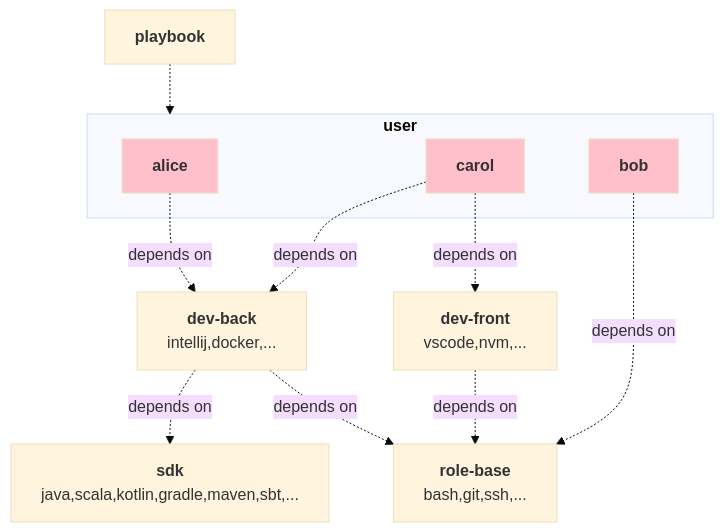
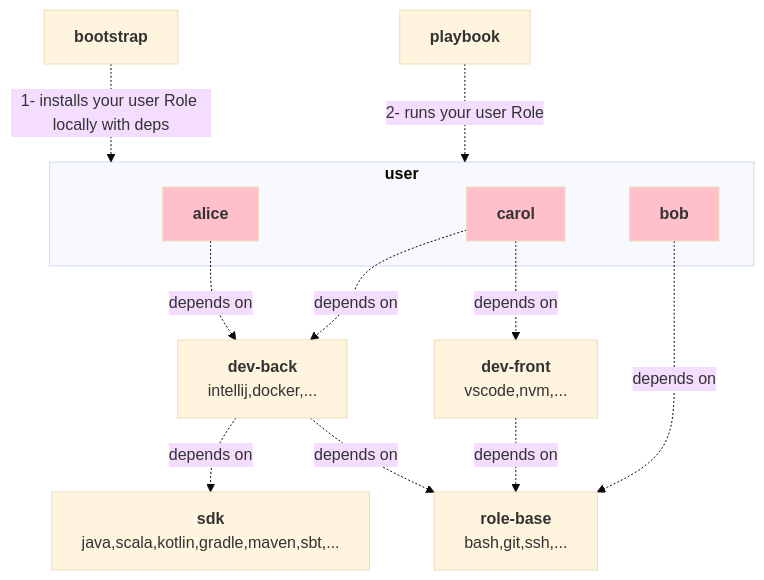
One commit to mrebiai/laptop-as-code changed the diagram in diagrams/flowchart-role-example.mmd. Above: the diagram before and after it, drawn with Mermaid (base theme). The commit also changed 2 other files, not shown here.

```diff
--- a/diagrams/flowchart-role-example.mmd
+++ b/diagrams/flowchart-role-example.mmd
@@ -1,23 +1,25 @@
 flowchart TD
+    bootstrap[<b>bootstrap</b>]
     playbook[<b>playbook</b>]
     subgraph user[<b>user</b>]
         alice[<b>alice</b>]
         bob[<b>bob</b>]
         carol[<b>carol</b>]
     end
-    playbook .-> user
+    bootstrap -. 1- installs your user Role locally with deps .-> user
+    playbook -. 2- runs your user Role .-> user
     devfront[<b>dev-front</b>\nvscode,nvm,...]
     devback[<b>dev-back</b>\nintellij,docker,...]
     sdk[<b>sdk</b>\njava,scala,kotlin,gradle,maven,sbt,...]
     base[<b>role-base</b>\nbash,git,ssh,...]
     devback -. depends on .-> sdk
     devback -. depends on .-> base
     devfront -. depends on .-> base
     alice -. depends on .-> devback
     bob -. depends on .-> base
     carol -.depends on .-> devfront
     carol -.depends on .-> devback
 
     style alice fill:pink
     style bob fill:pink
     style carol fill:pink
```
